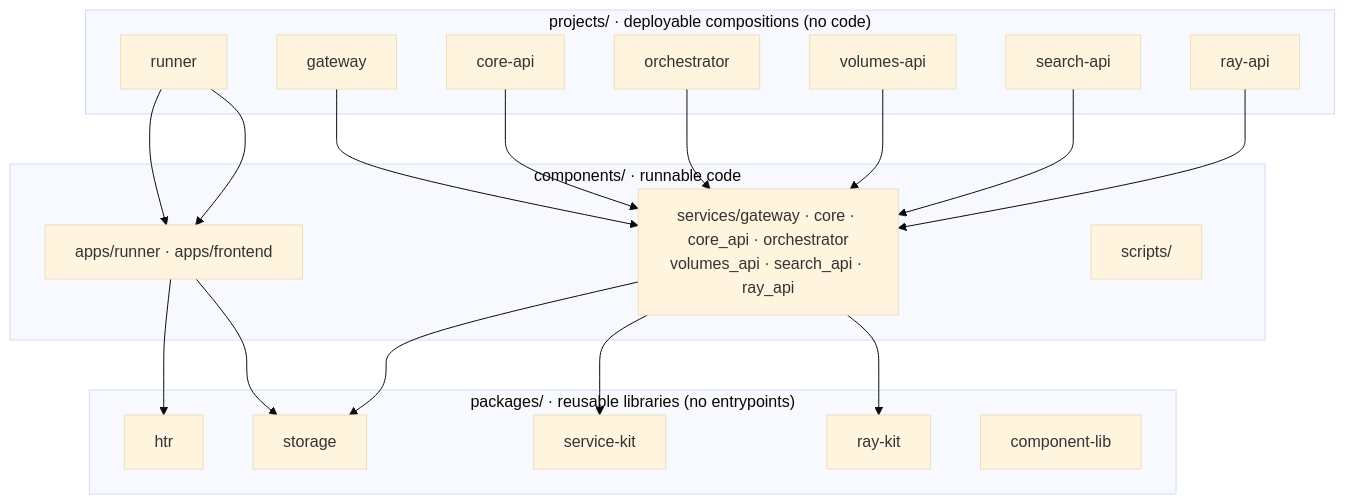
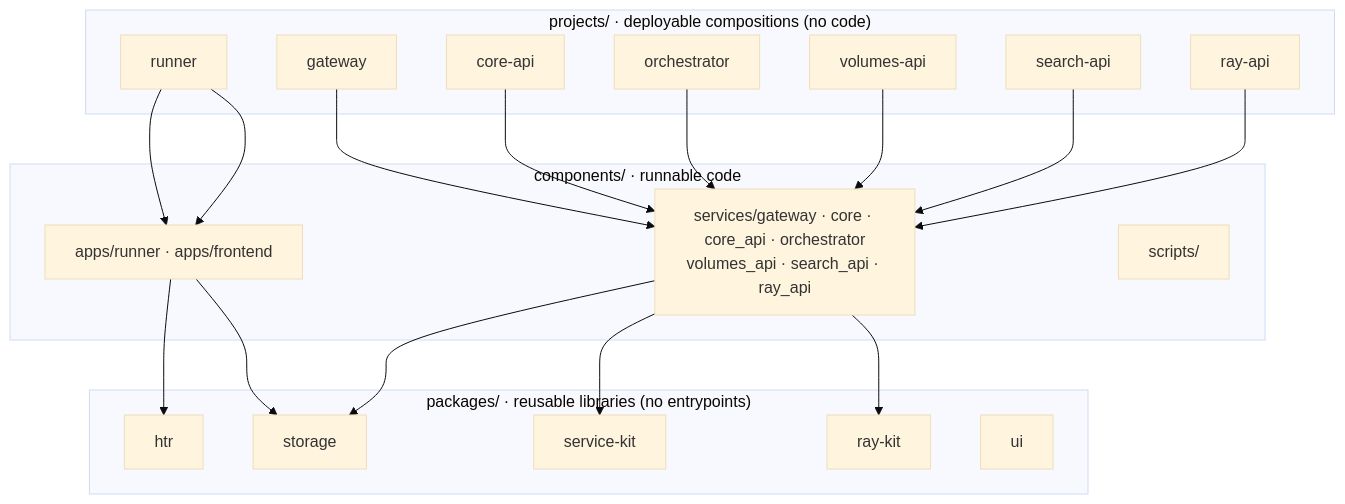
The diagram in docs/architecture/layout.md (AI-Riksarkivet/rask), drawn with Mermaid (base theme) before and after one commit. The commit also changed other lines of this file and 153 other files, not shown here.

````diff
--- a/docs/architecture/layout.md
+++ b/docs/architecture/layout.md
@@ -6,32 +6,32 @@
 ```mermaid
 flowchart TD
     subgraph projects["projects/ · deployable compositions (no code)"]
         pr["runner"]
         pgw["gateway"]
         pca["core-api"]
         po["orchestrator"]
         pv["volumes-api"]
         ps["search-api"]
         pra["ray-api"]
     end
     subgraph components["components/ · runnable code"]
         ca["apps/runner · apps/frontend"]
         cs["services/gateway · core · core_api · orchestrator<br/>volumes_api · search_api · ray_api"]
         cx["scripts/"]
     end
     subgraph packages["packages/ · reusable libraries (no entrypoints)"]
         ph["htr"]
         pst["storage"]
         psk["service-kit"]
         prk["ray-kit"]
-        pc["component-lib"]
+        pc["ui"]
     end
     pr --> ca --> ph
     pr --> ca --> pst
     pgw --> cs --> psk
     pca --> cs
     po --> cs --> prk
     pv --> cs --> pst
     ps --> cs
     pra --> cs
 ```
````
